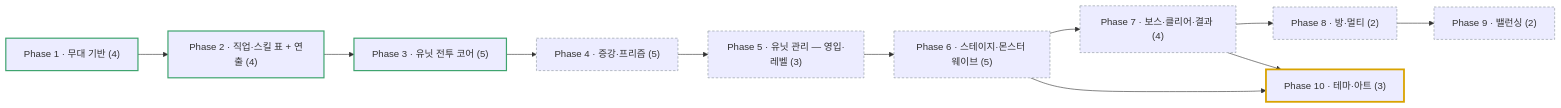
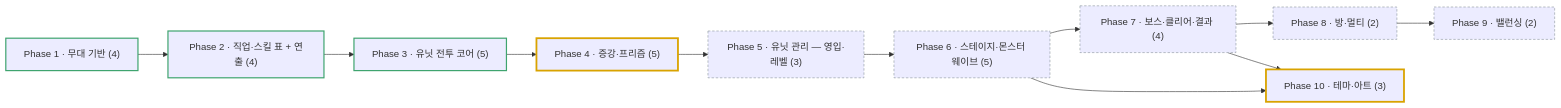
The diagram in .beaver/output/roadmap/maple-augment-defense-roadmap.md (HaSungJe/msw), drawn with Mermaid before and after one commit. The commit also changed other lines of this file and 7 other files, not shown here.

````diff
--- a/.beaver/output/roadmap/maple-augment-defense-roadmap.md
+++ b/.beaver/output/roadmap/maple-augment-defense-roadmap.md
@@ -22,16 +22,16 @@
 ```mermaid
 flowchart LR
   P1["Phase 1 · 무대 기반 (4)"]:::done --> P2["Phase 2 · 직업·스킬 표 + 연출 (4)"]:::done
   P2 --> P3["Phase 3 · 유닛 전투 코어 (5)"]:::done
-  P3 --> P4["Phase 4 · 증강·프리즘 (5)"]:::todo
+  P3 --> P4["Phase 4 · 증강·프리즘 (5)"]:::inprogress
   P4 --> P5["Phase 5 · 유닛 관리 — 영입·레벨 (3)"]:::todo
   P5 --> P6["Phase 6 · 스테이지·몬스터 웨이브 (5)"]:::todo
   P6 --> P7["Phase 7 · 보스·클리어·결과 (4)"]:::todo
   P7 --> P8["Phase 8 · 방·멀티 (2)"]:::todo
   P8 --> P9["Phase 9 · 밸런싱 (2)"]:::todo
   P6 --> P10["Phase 10 · 테마·아트 (3)"]:::inprogress
   P7 --> P10
   classDef done stroke:#3fa46f,stroke-width:2px
   classDef inprogress stroke:#d9a300,stroke-width:3px
   classDef todo stroke:#8a949c,stroke-width:1px,stroke-dasharray:4 3
 ```
````
